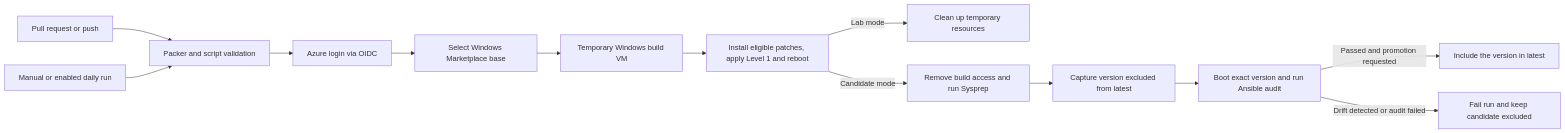
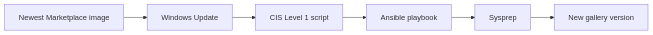
One commit to azanyahisrael/azure-windows-server-2025-packer-lab changed the diagram in README.md. Above: the diagram before and after it, drawn with Mermaid. The commit also changed other lines of this file and 15 other files, not shown here.

Commit message:
Rebuild pipeline: Packer, CIS hardening, Ansible, weekly gallery publish

```diff
--- a/README.md
+++ b/README.md
@@ -44,15 +5,8 @@
 ~~~mermaid
 flowchart LR
-    PR["Pull request or push"] --> Validate["Packer and script validation"]
-    Manual["Manual or enabled daily run"] --> Validate
-    Validate --> Login["Azure login via OIDC"]
-    Login --> Base["Select Windows Marketplace base"]
-    Base --> VM["Temporary Windows build VM"]
-    VM --> Checks["Install eligible patches, apply Level 1 and reboot"]
-    Checks -->|Lab mode| Cleanup["Clean up temporary resources"]
-    Checks -->|Candidate mode| Generalize["Remove build access and run Sysprep"]
-    Generalize --> Gallery["Capture version excluded from latest"]
-    Gallery --> Drift["Boot exact version and run Ansible audit"]
-    Drift -->|Passed and promotion requested| Promote["Include the version in latest"]
-    Drift -->|Drift detected or audit failed| Failed["Fail run and keep candidate excluded"]
+    Base["Newest Marketplace image"] --> Patch["Windows Update"]
+    Patch --> Harden["CIS Level 1 script"]
+    Harden --> Configure["Ansible playbook"]
+    Configure --> Sysprep["Sysprep"]
+    Sysprep --> Gallery["New gallery version"]
 ~~~
```
